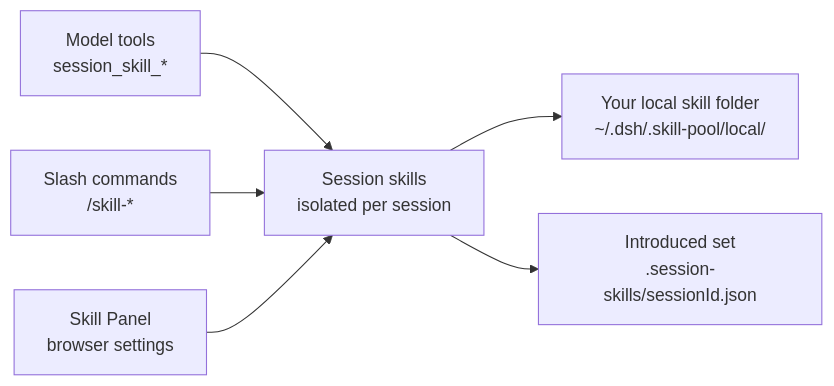
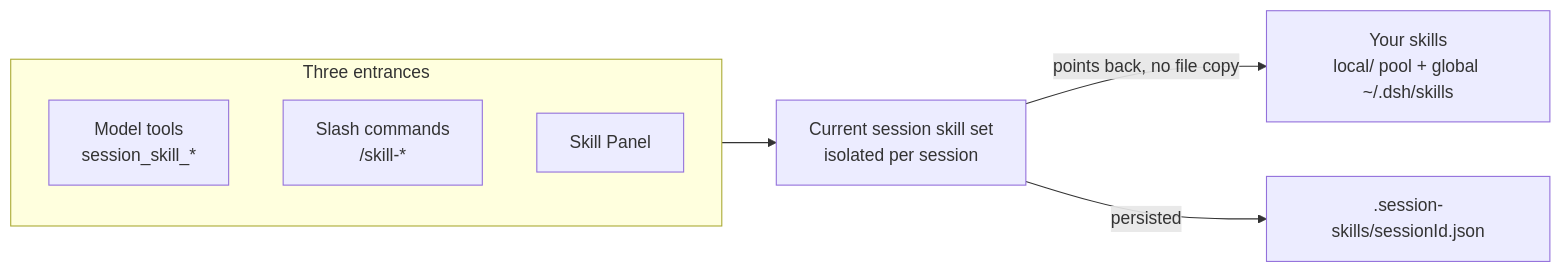
The diagram in README.md (KuramiWan/dshp-plugin-panel), drawn with Mermaid before and after one commit. The commit also changed other lines of this file and 2 other files, not shown here.

````diff
--- a/README.md
+++ b/README.md
@@ -94,8 +140,11 @@
 ```mermaid
 flowchart LR
-    Tools["Model tools<br/>session_skill_*"] --> Skills["Session skills<br/>isolated per session"]
-    Cmds["Slash commands<br/>/skill-*"] --> Skills
-    Panel["Skill Panel<br/>browser settings"] --> Skills
-    Skills --> Folder["Your local skill folder<br/>~/.dsh/.skill-pool/local/"]
-    Skills --> Set["Introduced set<br/>.session-skills/sessionId.json"]
+    subgraph Entrances["Three entrances"]
+        Tools["Model tools<br/>session_skill_*"]
+        Cmds["Slash commands<br/>/skill-*"]
+        Panel["Skill Panel"]
+    end
+    Entrances --> Session["Current session skill set<br/>isolated per session"]
+    Session -->|"points back, no file copy"| Folders["Your skills<br/>local/ pool + global ~/.dsh/skills"]
+    Session -->|"persisted"| Persist[".session-skills/sessionId.json"]
 ```
````
